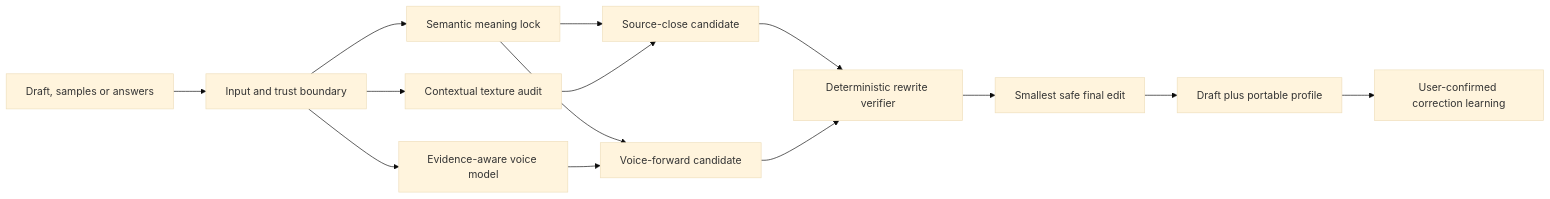
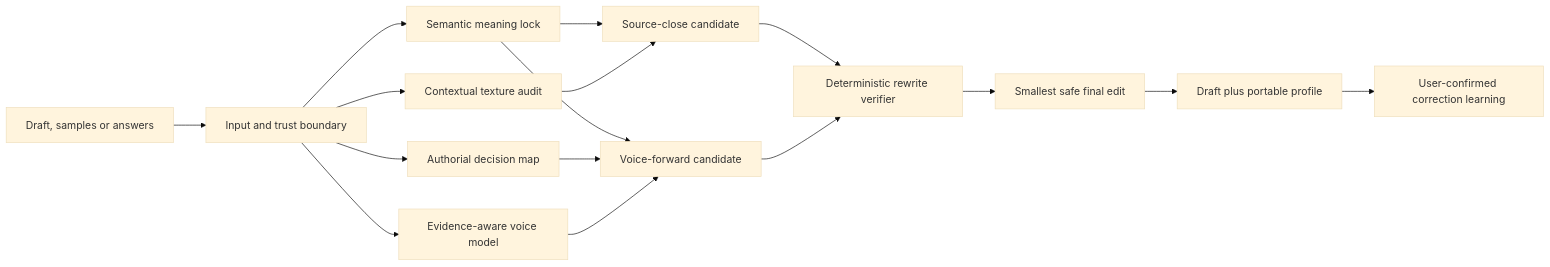
One commit to HopLittleBunny/write-like-me changed the diagram in README.md. Above: the diagram before and after it, drawn with Mermaid (base theme). The commit also changed other lines of this file and 22 other files, not shown here.

Commit message:
Add rc7 authorial decision safeguards

````diff
--- a/README.md
+++ b/README.md
@@ -59,16 +61,18 @@
 ```mermaid
 flowchart LR
     A["Draft, samples or answers"] --> B["Input and trust boundary"]
     B --> C["Semantic meaning lock"]
-    B --> D["Contextual texture audit"]
-    B --> E["Evidence-aware voice model"]
+    B --> D["Authorial decision map"]
+    B --> E["Contextual texture audit"]
+    B --> L["Evidence-aware voice model"]
     C --> F["Source-close candidate"]
-    D --> F
+    E --> F
     C --> G["Voice-forward candidate"]
-    E --> G
+    D --> G
+    L --> G
     F --> H["Deterministic rewrite verifier"]
     G --> H
     H --> I["Smallest safe final edit"]
     I --> J["Draft plus portable profile"]
     J --> K["User-confirmed correction learning"]
 ```
````
